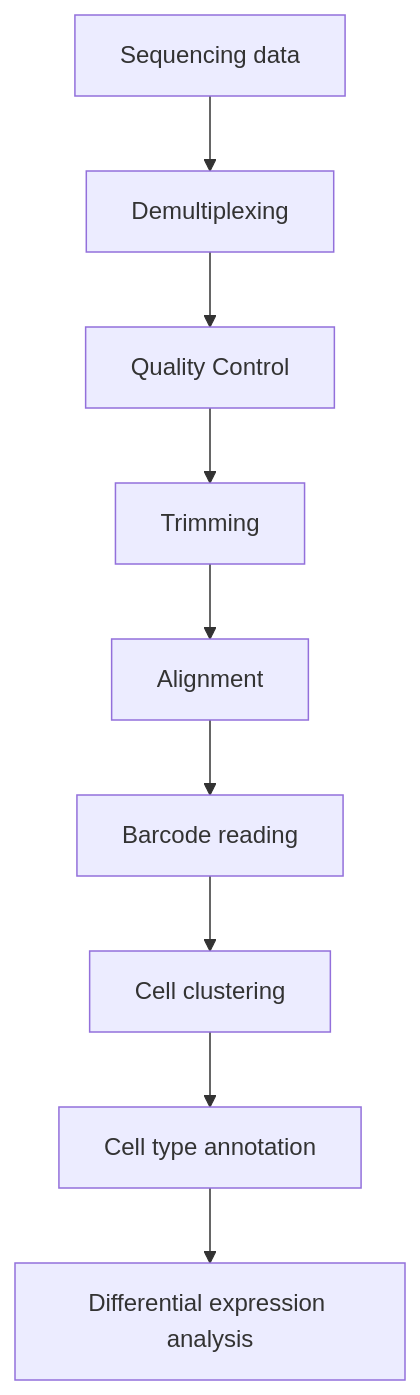
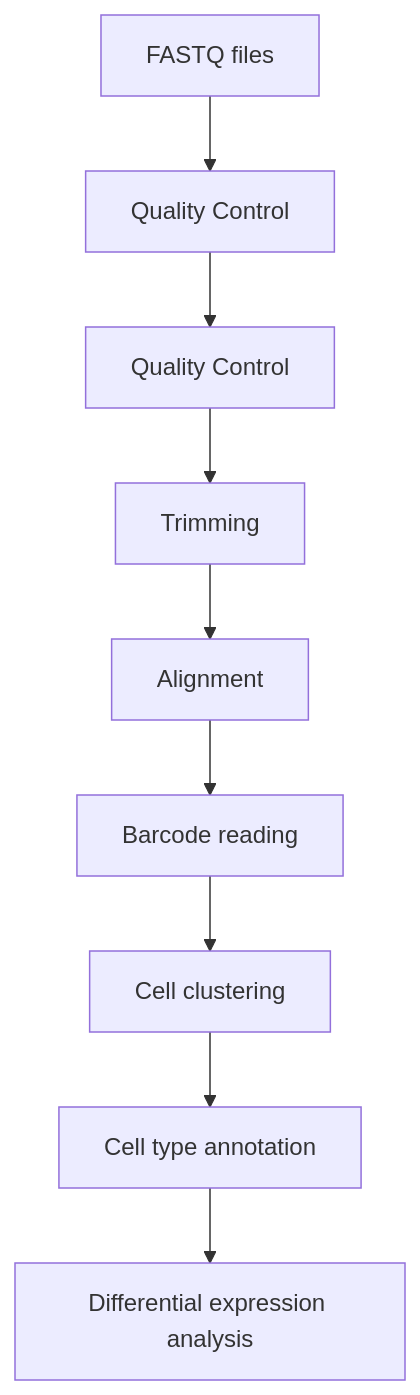
Before and after one commit to vgoupille/Rapport_stage: the second of 2 diagrams in chapters/02-Materials-and-methods.qmd, drawn with Mermaid. The commit also changed other lines of this file and 29 other files, not shown here.

````diff
--- a/chapters/02-Materials-and-methods.qmd
+++ b/chapters/02-Materials-and-methods.qmd
@@ -126,15 +124,15 @@
 ```{mermaid}
 %%| fig-cap: "Pipeline for microSPLiT data processing"
 %%| fig-width: 6
 %%| fig-height: 4
 %%| label: fig-pipeline
     graph TD
-        A[Sequencing data] --> B[Demultiplexing]
+        A[FASTQ files] --> B[Quality Control]
     B --> C[Quality Control]
     C --> D[Trimming]
     D --> E[Alignment]
     E --> F[Barcode reading]
     F --> G[Cell clustering]
     G --> H[Cell type annotation]
     H --> I[Differential expression analysis]
 ```
````
